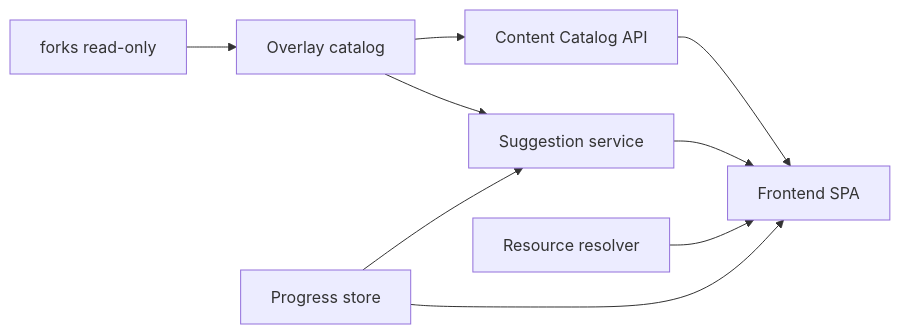
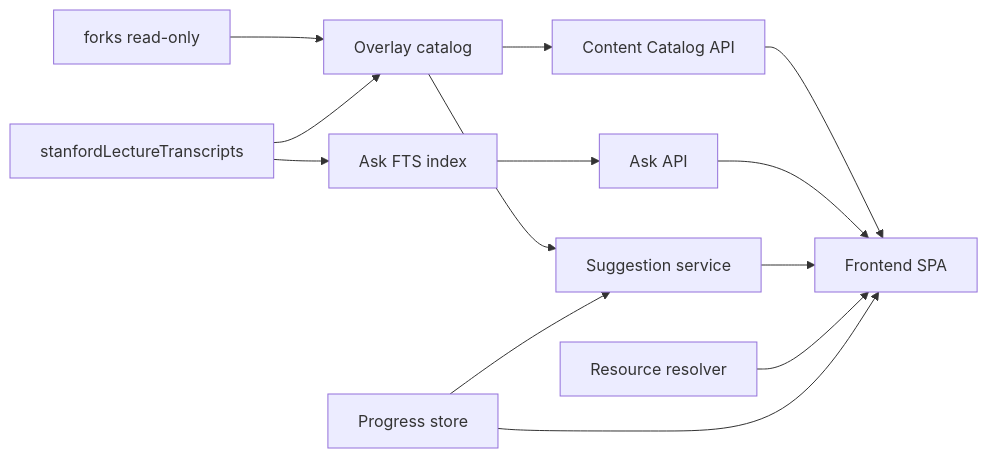
Before and after one commit to will-olson/aiEngineering-DataML-learningPack: the diagram in docs/ARCHITECTURE.md, drawn with Mermaid. The commit also changed other lines of this file and 39 other files, not shown here.

First line of the commit message:
Add Ask and Stanford Learn transcript experience

````diff
--- a/docs/ARCHITECTURE.md
+++ b/docs/ARCHITECTURE.md
@@ -26,18 +28,25 @@
 ```mermaid
 flowchart LR
   forks[forks read-only]
+  transcripts[stanfordLectureTranscripts]
   overlay[Overlay catalog]
+  askIndex[Ask FTS index]
   catalogApi[Content Catalog API]
+  askApi[Ask API]
   suggest[Suggestion service]
   progress[Progress store]
   resolver[Resource resolver]
   clients[Frontend SPA]
   forks --> overlay
+  transcripts --> askIndex
+  transcripts --> overlay
   overlay --> catalogApi
   overlay --> suggest
+  askIndex --> askApi
   progress --> suggest
   catalogApi --> clients
+  askApi --> clients
   suggest --> clients
   resolver --> clients
   progress --> clients
 ```
````
